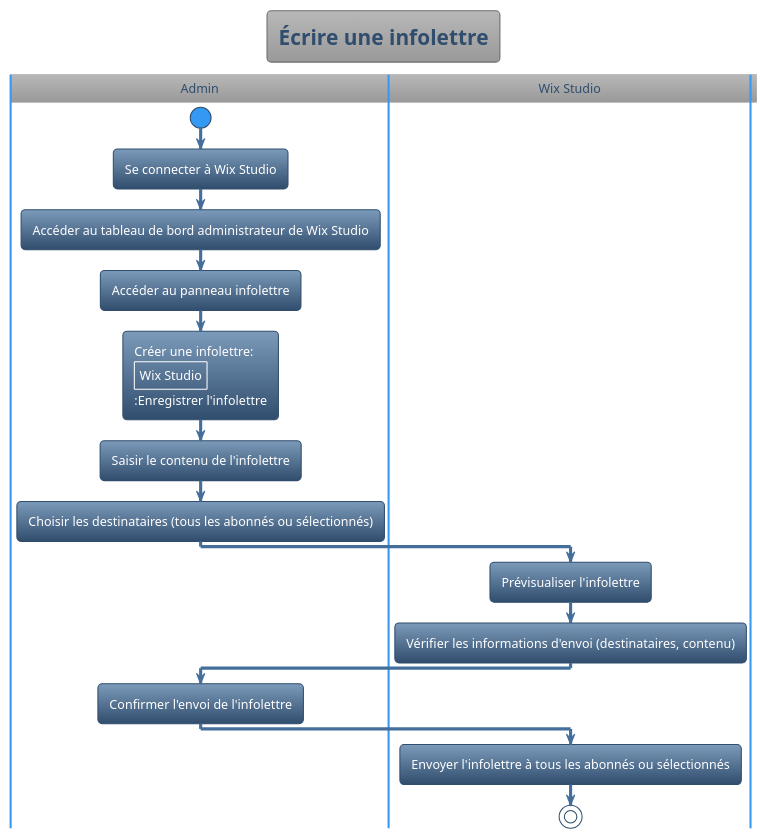
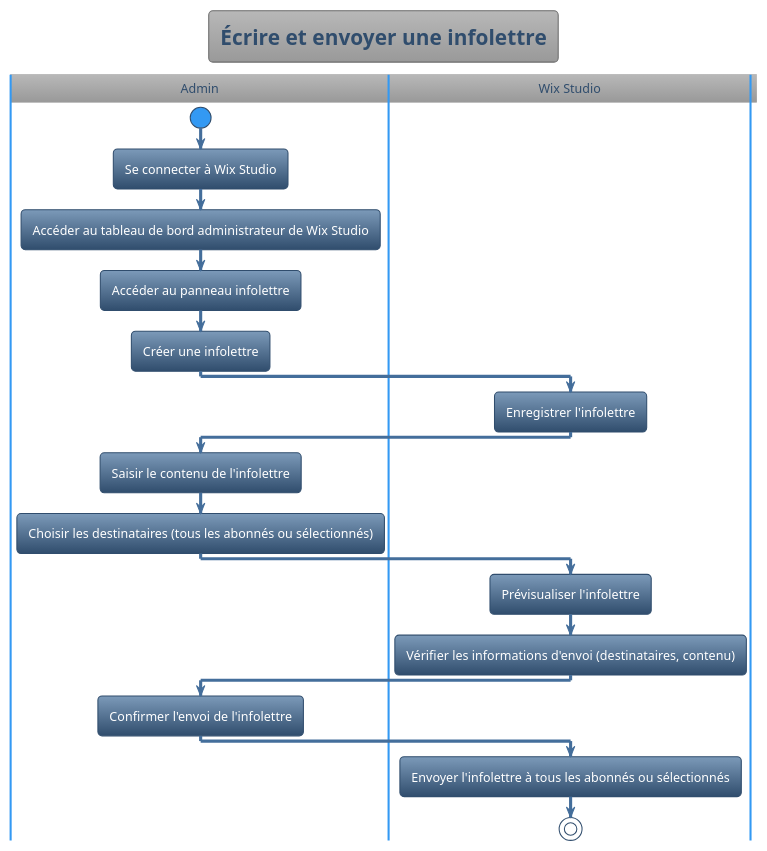
The diagram in CU10_infollettre.puml (Jacob-Cossette/GTI510), drawn with PlantUML before and after one commit. The commit also changed 22 other files, not shown here.

```diff
--- a/CU10_infollettre.puml
+++ b/CU10_infollettre.puml
@@ -1,23 +1,23 @@
 @startuml
 !theme spacelab
-title Écrire une infolettre
+title Écrire et envoyer une infolettre
 |Admin|
 start
 :Se connecter à Wix Studio;
 :Accéder au tableau de bord administrateur de Wix Studio;
 :Accéder au panneau infolettre;
-:Créer une infolettre:
+:Créer une infolettre;
 |Wix Studio|
 :Enregistrer l'infolettre;
 |Admin|
 :Saisir le contenu de l'infolettre;
 :Choisir les destinataires (tous les abonnés ou sélectionnés);
 |Wix Studio|
 :Prévisualiser l'infolettre;
 :Vérifier les informations d'envoi (destinataires, contenu);
 |Admin|
 :Confirmer l'envoi de l'infolettre;
 |Wix Studio|
 :Envoyer l'infolettre à tous les abonnés ou sélectionnés;
 stop
 @enduml
```
